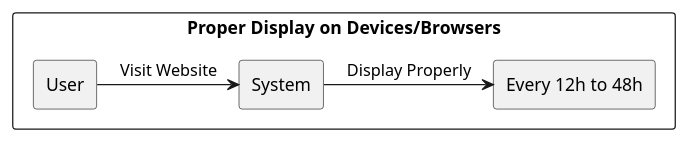
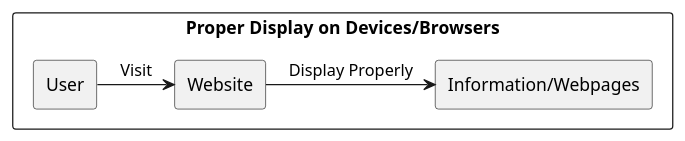
The fourth of 12 diagrams in src/sa/model/index.md (USI-MSDE-SA-2022/software-architecture-model-tommi27), drawn with PlantUML before and after one commit. The commit also changed other lines of this file, not shown here.

````diff
--- a/src/sa/model/index.md
+++ b/src/sa/model/index.md
@@ -340,20 +340,20 @@
 ```puml
 @startuml
 
 skinparam componentStyle rectangle
 skinparam monochrome true
 skinparam shadowing false
 
 rectangle "Proper Display on Devices/Browsers" {
 
 rectangle "User" as Source
-rectangle "Every 12h to 48h" as Measure
+rectangle "Information/Webpages" as Measure
 
-Source -> [System] : "Visit Website"
+Source -> [Website] : "Visit"
 
-[System] -> [Measure] : "Display Properly"
+[Website] -> [Measure] : "Display Properly"
 
 }
 
 @enduml
 ```
````
